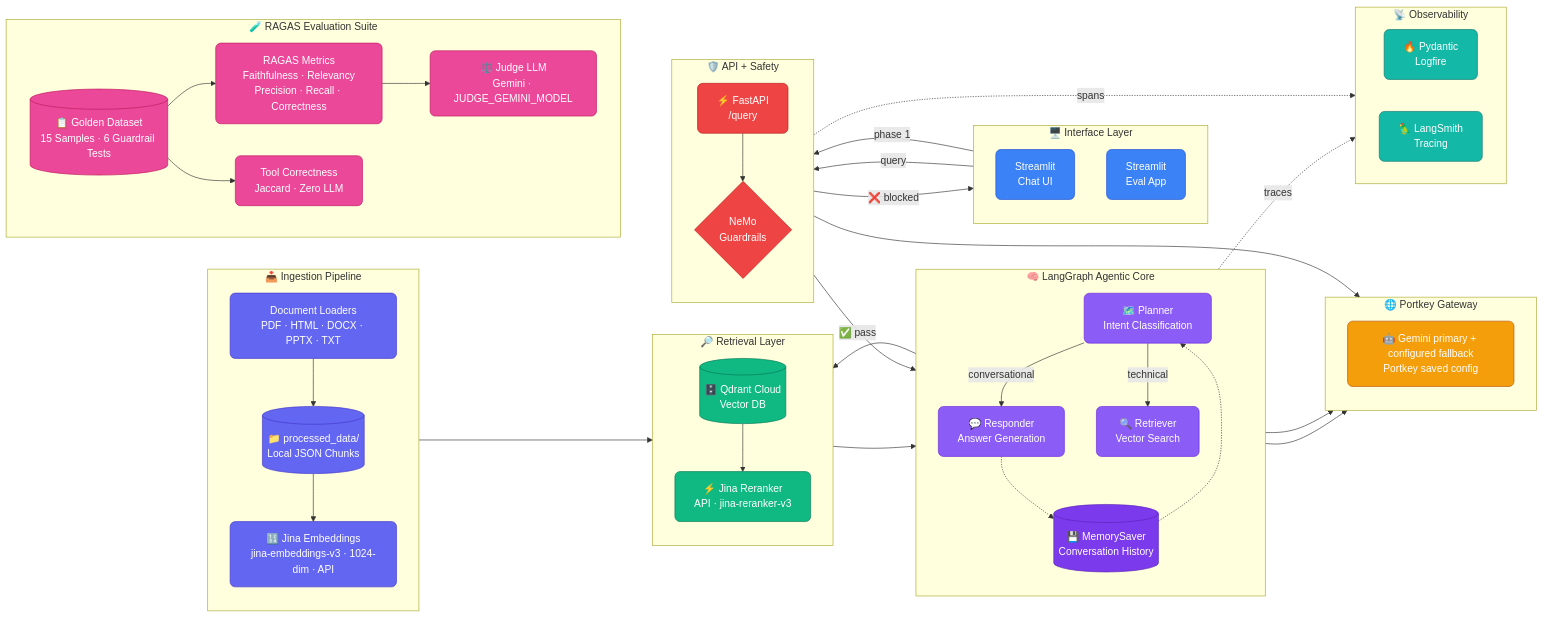
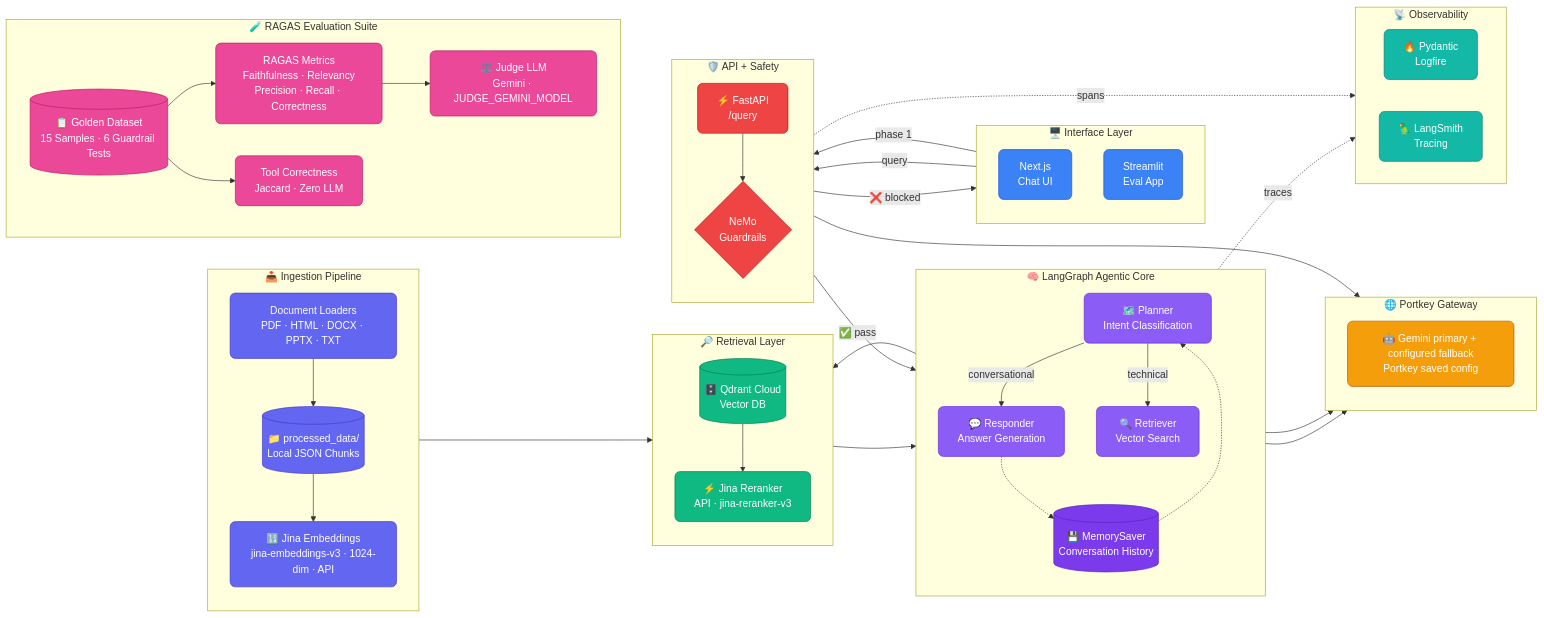
One commit to Bibek1008/Production-Grade-Scalable-Advance-RAG changed the first of 3 diagrams in ARCHITECTURE.md. Above: the diagram before and after it, drawn with Mermaid. The commit also changed other lines of this file and 29 other files, not shown here.

Commit message:
Clean up Render and Vercel deployment architecture

```diff
--- a/ARCHITECTURE.md
+++ b/ARCHITECTURE.md
@@ -6,7 +6,7 @@
     %% ── Interfaces ───────────────────────────────────────────────────────────
     subgraph UI ["🖥️  Interface Layer"]
         direction TB
-        CHAT["Streamlit\nChat UI"]
+        CHAT["Next.js\nChat UI"]
         EVAL_UI["Streamlit\nEval App"]
     end
 
```
